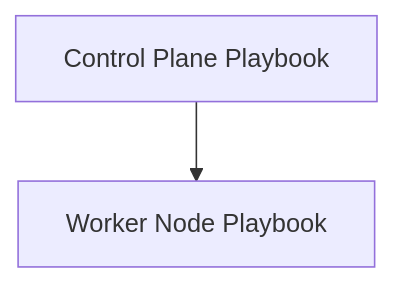
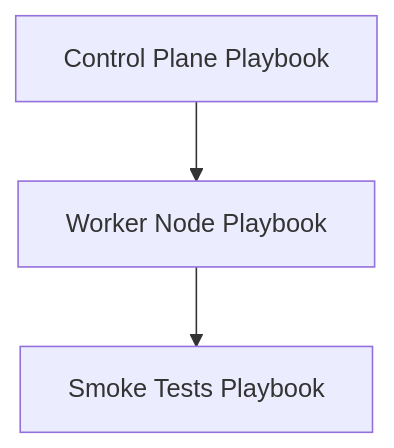
Before and after one commit to hoaraujerome/k8s_cluster_from_scratch: the third of 3 diagrams in README.md, drawn with Mermaid. The commit also changed other lines of this file, not shown here.

````diff
--- a/README.md
+++ b/README.md
@@ -90,4 +90,5 @@
 ```mermaid
 graph TD;
     A["Control Plane Playbook"] --> B["Worker Node Playbook"];
+    B --> C["Smoke Tests Playbook"];
 ```
````
